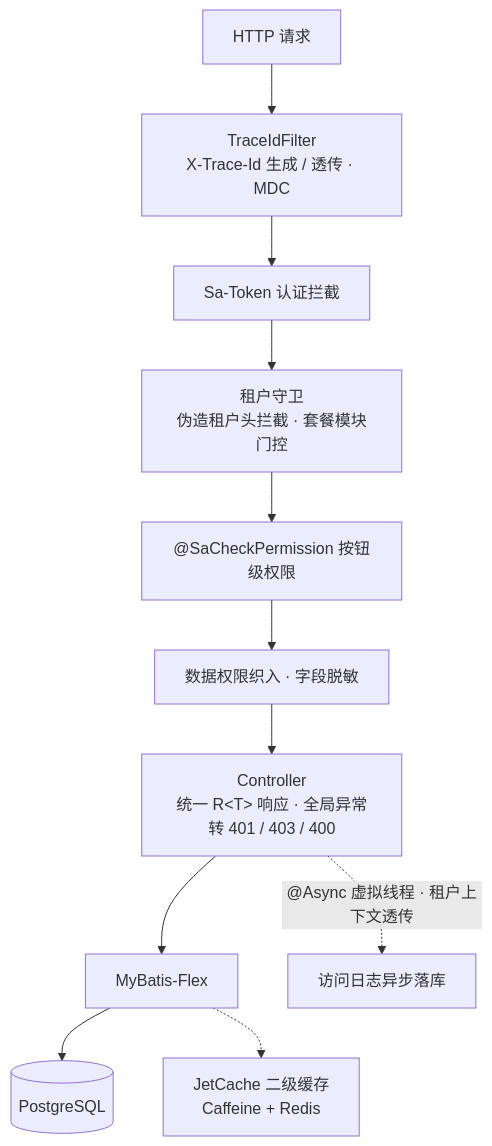
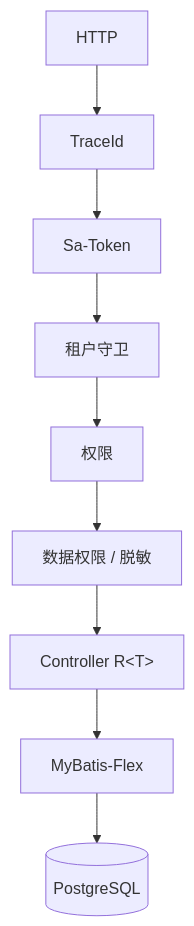
One commit to curdx/mugsun-boot changed the second of 2 diagrams in README.md. Above: the diagram before and after it, drawn with Mermaid. The commit also changed other lines of this file and 2 other files, not shown here.

````diff
--- a/README.md
+++ b/README.md
@@ -59,13 +49,11 @@
 ```mermaid
 flowchart TB
-    REQ["HTTP 请求"] --> TRACE["TraceIdFilter<br/>X-Trace-Id 生成 / 透传 · MDC"]
-    TRACE --> AUTH["Sa-Token 认证拦截"]
-    AUTH --> TENANT["租户守卫<br/>伪造租户头拦截 · 套餐模块门控"]
-    TENANT --> PERM["@SaCheckPermission 按钮级权限"]
-    PERM --> DATA["数据权限织入 · 字段脱敏"]
-    DATA --> CTRL["Controller<br/>统一 R&lt;T&gt; 响应 · 全局异常转 401 / 403 / 400"]
-    CTRL --> MF["MyBatis-Flex"]
-    MF --> PG[("PostgreSQL")]
-    CTRL -.->|"@Async 虚拟线程 · 租户上下文透传"| LOG["访问日志异步落库"]
-    MF -.-> CACHE["JetCache 二级缓存<br/>Caffeine + Redis"]
+    REQ[HTTP] --> TRACE[TraceId]
+    TRACE --> AUTH[Sa-Token]
+    AUTH --> TENANT[租户守卫]
+    TENANT --> PERM[权限]
+    PERM --> DATA[数据权限 / 脱敏]
+    DATA --> CTRL[Controller R&lt;T&gt;]
+    CTRL --> MF[MyBatis-Flex]
+    MF --> PG[(PostgreSQL)]
 ```
````
